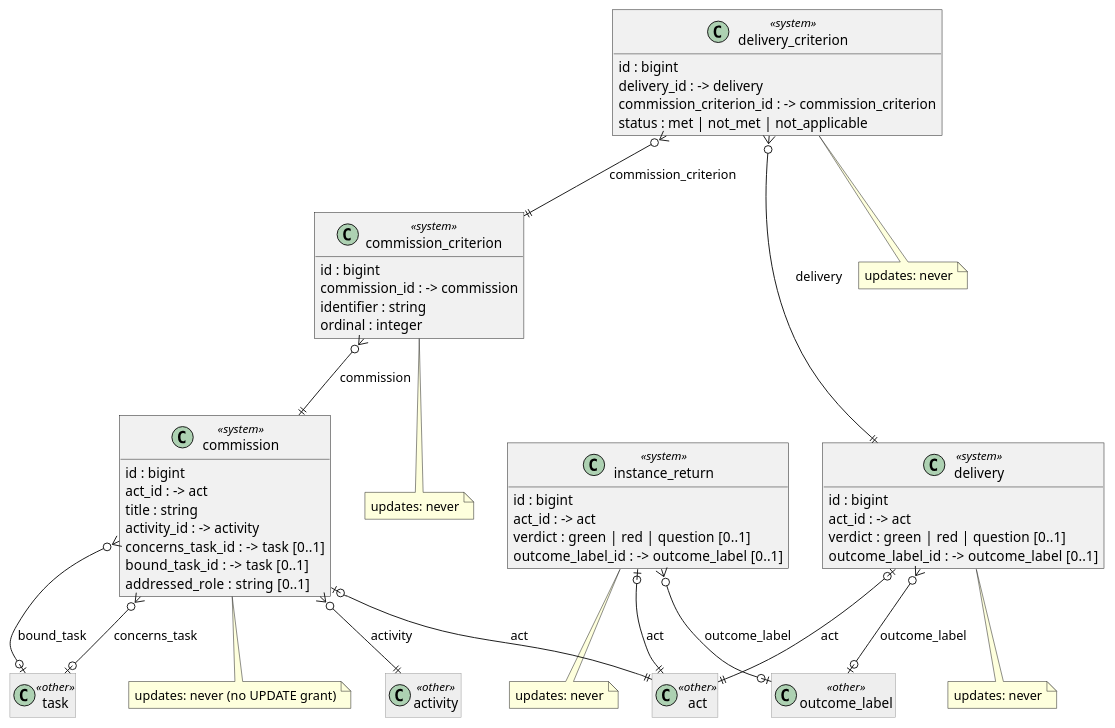
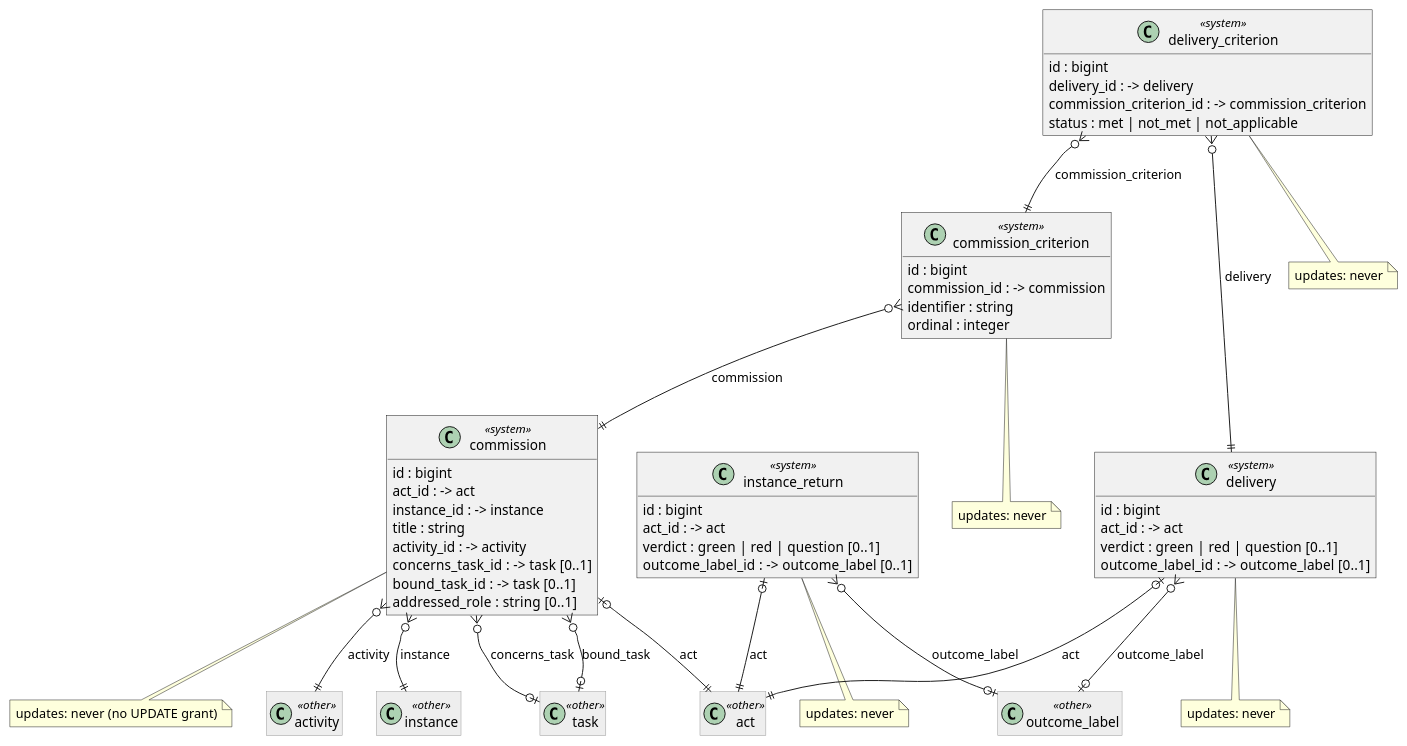
One commit to Kumbuka-ai/kumbuka-dispatch changed the diagram in docs/data-model/diagrams/04-commission-and-return.puml. Above: the diagram before and after it, drawn with PlantUML. The commit also changed 30 other files, not shown here.

```diff
--- a/docs/data-model/diagrams/04-commission-and-return.puml
+++ b/docs/data-model/diagrams/04-commission-and-return.puml
@@ -1,67 +1,70 @@
 @startuml 04-commission-and-return
 ' 04-commission-and-return (docs/data-model/groups/04-commission-and-return.md), generated from model/work.linkml.yaml.
 ' Every table carries tenant_id and scope_id and a unique key (tenant_id, scope_id, id); every foreign
 ' key runs over tenant, scope and id (ADR-0042). Left out below. Tables of other groups are drawn grey.
 skinparam shadowing false
 skinparam roundcorner 0
 skinparam classAttributeIconSize 0
 hide methods
 hide empty members
 skinparam class<<other>> {
   BackgroundColor #EEEEEE
   BorderColor #999999
 }
 class commission <<system>> {
   id : bigint
   act_id : -> act
+  instance_id : -> instance
   title : string
   activity_id : -> activity
   concerns_task_id : -> task  [0..1]
   bound_task_id : -> task  [0..1]
   addressed_role : string  [0..1]
 }
 note bottom of commission : updates: never (no UPDATE grant)
 class commission_criterion <<system>> {
   id : bigint
   commission_id : -> commission
   identifier : string
   ordinal : integer
 }
 note bottom of commission_criterion : updates: never
 class delivery <<system>> {
   id : bigint
   act_id : -> act
   verdict : green | red | question  [0..1]
   outcome_label_id : -> outcome_label  [0..1]
 }
 note bottom of delivery : updates: never
 class delivery_criterion <<system>> {
   id : bigint
   delivery_id : -> delivery
   commission_criterion_id : -> commission_criterion
   status : met | not_met | not_applicable
 }
 note bottom of delivery_criterion : updates: never
 class instance_return <<system>> {
   id : bigint
   act_id : -> act
   verdict : green | red | question  [0..1]
   outcome_label_id : -> outcome_label  [0..1]
 }
 note bottom of instance_return : updates: never
 class act <<other>>
 class activity <<other>>
+class instance <<other>>
 class outcome_label <<other>>
 class task <<other>>
 commission |o--|| act : act
+commission }o--|| instance : instance
 commission }o--|| activity : activity
 commission }o--o| task : concerns_task
 commission }o--o| task : bound_task
 commission_criterion }o--|| commission : commission
 delivery |o--|| act : act
 delivery }o--o| outcome_label : outcome_label
 delivery_criterion }o--|| delivery : delivery
 delivery_criterion }o--|| commission_criterion : commission_criterion
 instance_return |o--|| act : act
 instance_return }o--o| outcome_label : outcome_label
 @enduml
```
